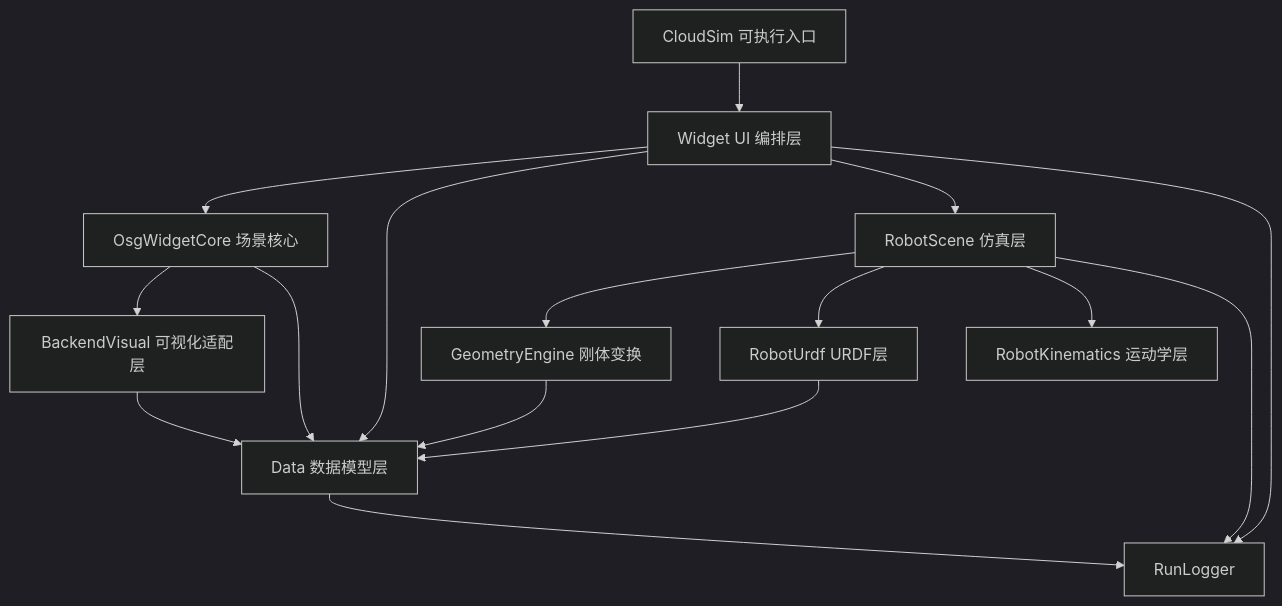
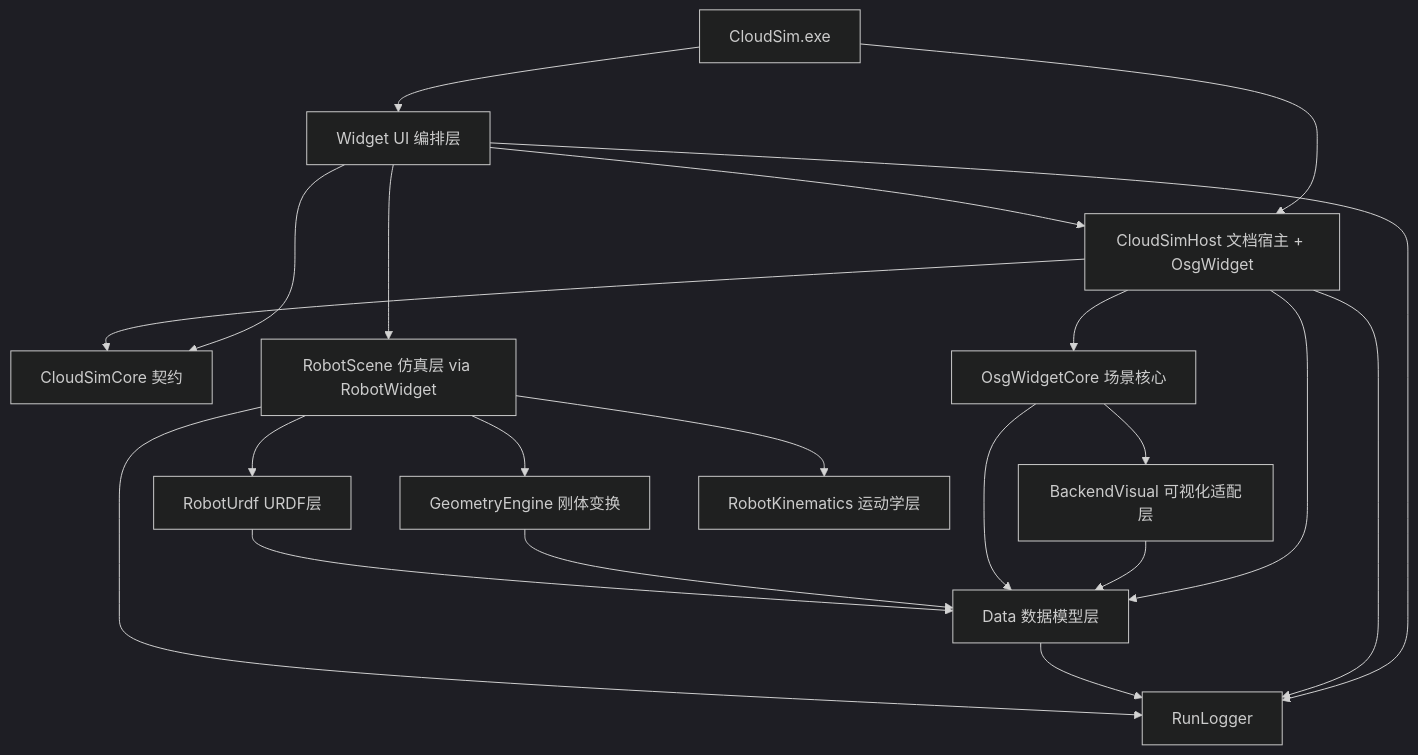
Before and after one commit to sanmunejdn/CloudSim: the second of 8 diagrams in ARCHITECTURE_SUMMARY.md, drawn with Mermaid (dark theme). The commit also changed other lines of this file and 115 other files, not shown here.

````diff
--- a/ARCHITECTURE_SUMMARY.md
+++ b/ARCHITECTURE_SUMMARY.md
@@ -38,18 +82,23 @@
 ```mermaid
 flowchart TD
-    A[CloudSim 可执行入口] --> B[Widget UI 编排层]
-    B --> C[OsgWidgetCore 场景核心]
-    B --> D[Data 数据模型层]
-    B --> E[RobotScene 仿真层]
-    C --> F[BackendVisual 可视化适配层]
+    A[CloudSim.exe] --> B[Widget UI 编排层]
+    A --> H[CloudSimHost 文档宿主 + OsgWidget]
+    B --> H
+    B --> C[CloudSimCore 契约]
+    H --> C
+    H --> OGC[OsgWidgetCore 场景核心]
+    H --> D[Data 数据模型层]
+    B --> E[RobotScene 仿真层 via RobotWidget]
+    OGC --> F[BackendVisual 可视化适配层]
     F --> D
-    C --> D
+    OGC --> D
     E --> GE[GeometryEngine 刚体变换]
     E --> G[RobotUrdf URDF层]
-    E --> H[RobotKinematics 运动学层]
+    E --> H2[RobotKinematics 运动学层]
     GE --> D
     G --> D
     B --> I[RunLogger]
+    H --> I
     D --> I
     E --> I
 ```
````
